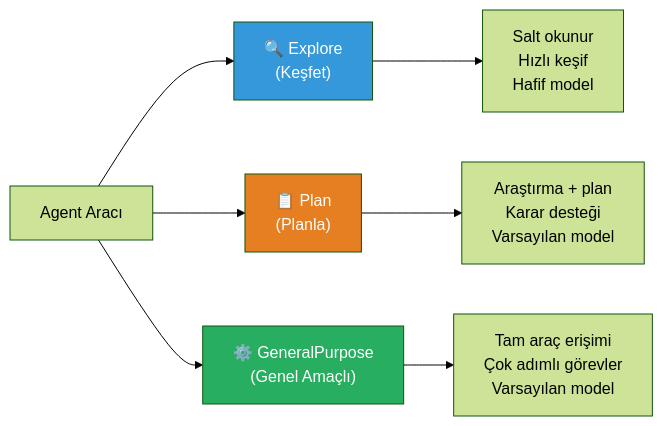
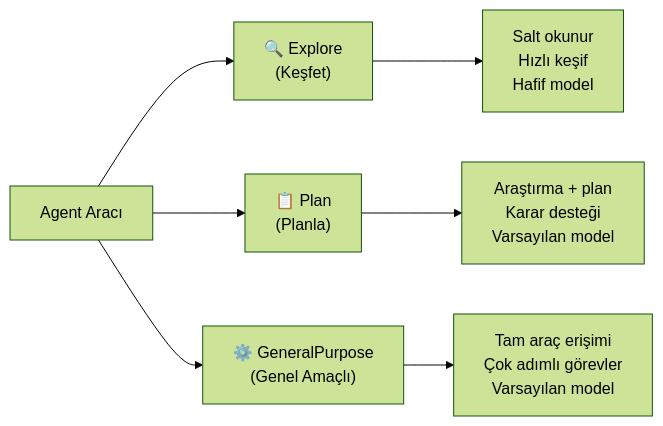
The first of 7 diagrams in 13-subagentlar-ve-agent-takimlari/02-dahili-subagentlar.md (IzzetYasinAtes/ClaudeCodeHandbook), drawn with Mermaid (forest theme) before and after one commit. The commit also changed other lines of this file and 97 other files, not shown here.

Commit message:
Remove all custom Mermaid style/fill colors from 98 markdown files for consistent dark theme rendering

````diff
--- a/13-subagentlar-ve-agent-takimlari/02-dahili-subagentlar.md
+++ b/13-subagentlar-ve-agent-takimlari/02-dahili-subagentlar.md
@@ -18,14 +18,11 @@
 ```mermaid
 flowchart LR
     AGENT["Agent Aracı"] --> EXPLORE["🔍 Explore<br/>(Keşfet)"]
     AGENT --> PLAN["📋 Plan<br/>(Planla)"]
     AGENT --> GP["⚙️ GeneralPurpose<br/>(Genel Amaçlı)"]
 
     EXPLORE --> E_DESC["Salt okunur<br/>Hızlı keşif<br/>Hafif model"]
     PLAN --> P_DESC["Araştırma + plan<br/>Karar desteği<br/>Varsayılan model"]
     GP --> GP_DESC["Tam araç erişimi<br/>Çok adımlı görevler<br/>Varsayılan model"]
 
-    style EXPLORE fill:#3498DB,color:#fff
-    style PLAN fill:#E67E22,color:#fff
-    style GP fill:#27AE60,color:#fff
 ```
````
